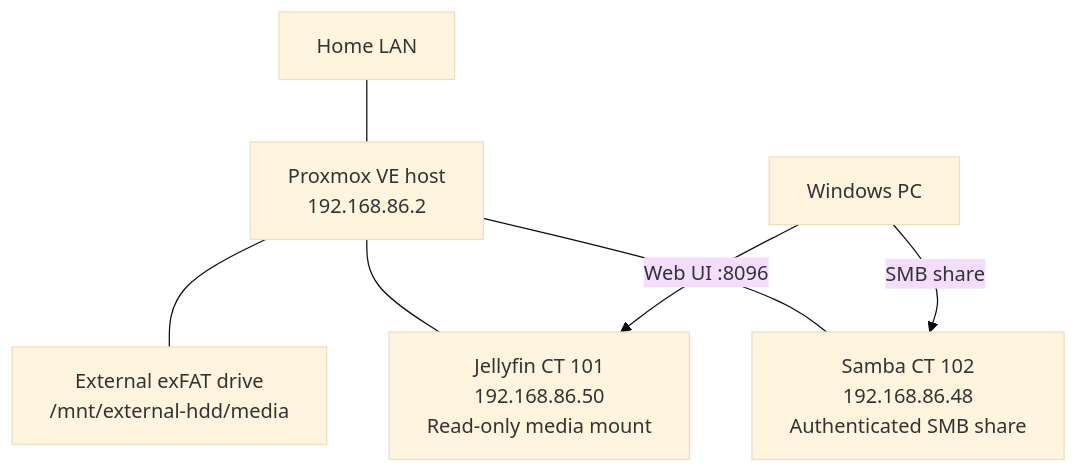
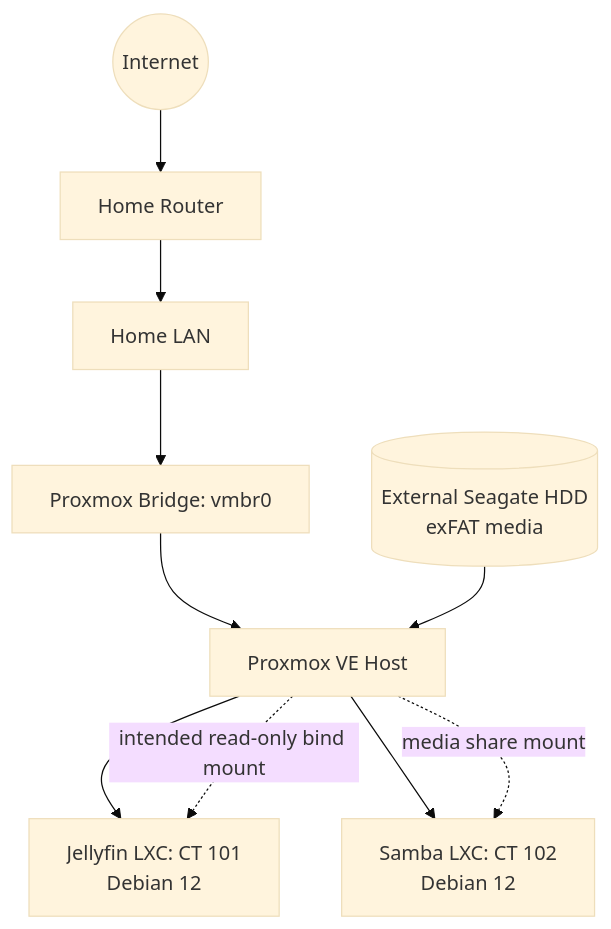
One commit to braydenibex/homelab changed the diagram in diagrams/network-topology.mmd. Above: the diagram before and after it, drawn with Mermaid (base theme). The commit also changed 14 other files, not shown here.

Commit message:
Add homelab documentation and architecture

```diff
--- a/diagrams/network-topology.mmd
+++ b/diagrams/network-topology.mmd
@@ -1,14 +1,10 @@
 flowchart TD
-    LAN[Home LAN]
-    HOST[Proxmox VE host<br/>192.168.86.2]
-    DRIVE[External exFAT drive<br/>/mnt/external-hdd/media]
-    JF[Jellyfin CT 101<br/>192.168.86.50<br/>Read-only media mount]
-    SMB[Samba CT 102<br/>192.168.86.48<br/>Authenticated SMB share]
-    PC[Windows PC]
-
-    LAN --- HOST
-    HOST --- DRIVE
-    HOST --- JF
-    HOST --- SMB
-    PC -->|Web UI :8096| JF
-    PC -->|SMB share| SMB
+    Internet((Internet)) --> Router[Home Router]
+    Router --> LAN[Home LAN]
+    LAN --> Bridge[Proxmox Bridge: vmbr0]
+    Bridge --> Host[Proxmox VE Host]
+    Host --> Jellyfin[Jellyfin LXC: CT 101<br/>Debian 12]
+    Host --> Samba[Samba LXC: CT 102<br/>Debian 12]
+    Disk[(External Seagate HDD<br/>exFAT media)] --> Host
+    Host -. intended read-only bind mount .-> Jellyfin
+    Host -. media share mount .-> Samba
```
